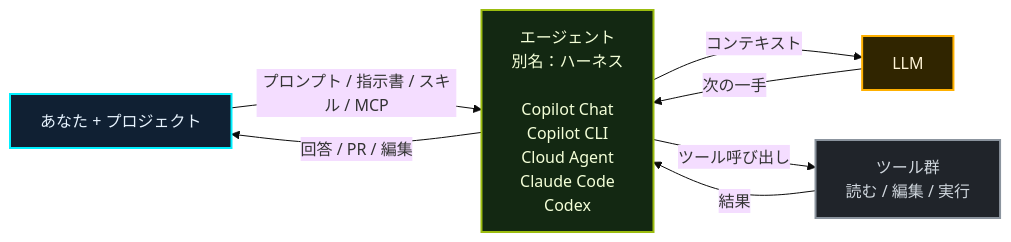
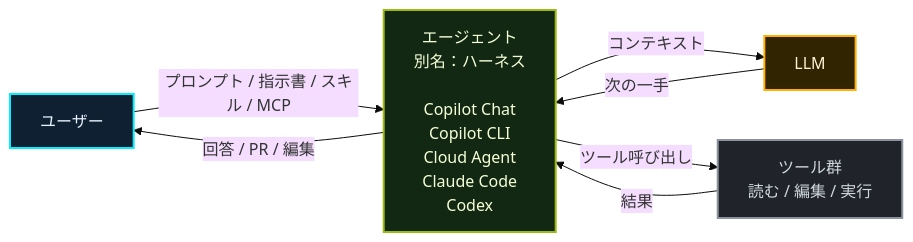
The second of 3 diagrams in src/content/playbook/ja/harness-engineering.md (theomonfort/theomonfort), drawn with Mermaid (base theme) before and after one commit.

Commit message:
JA harness-engineering: あなた + プロジェクト → ユーザー in current-era diagram
Match the prior slide's terminology (ユーザー) for consistency.

````diff
--- a/src/content/playbook/ja/harness-engineering.md
+++ b/src/content/playbook/ja/harness-engineering.md
@@ -72,18 +72,18 @@
 ```mermaid
 flowchart LR
-  Project[あなた + プロジェクト] -->|プロンプト / 指示書 / スキル / MCP| Agent[エージェント<br/>別名：ハーネス<br/><br/>Copilot Chat<br/>Copilot CLI<br/>Cloud Agent<br/>Claude Code<br/>Codex]
+  Project[ユーザー] -->|プロンプト / 指示書 / スキル / MCP| Agent[エージェント<br/>別名：ハーネス<br/><br/>Copilot Chat<br/>Copilot CLI<br/>Cloud Agent<br/>Claude Code<br/>Codex]
   Agent -->|回答 / PR / 編集| Project
   Agent -->|コンテキスト| LLM[LLM]
   LLM -->|次の一手| Agent
   Agent -->|ツール呼び出し| Tools[ツール群<br/>読む / 編集 / 実行]
   Tools -->|結果| Agent
 
   classDef human fill:#102033,stroke:#00f0ff,color:#e8f4ff,stroke-width:2px;
   classDef llm fill:#302500,stroke:#ffb000,color:#fff4d6,stroke-width:2px;
   classDef agent fill:#132812,stroke:#9bbc0f,color:#f4ffd8,stroke-width:2px;
   classDef context fill:#20242a,stroke:#8b949e,color:#d0d7de,stroke-width:2px;
   class Project human;
   class LLM llm;
   class Agent agent;
   class Tools context;
 ```
````
